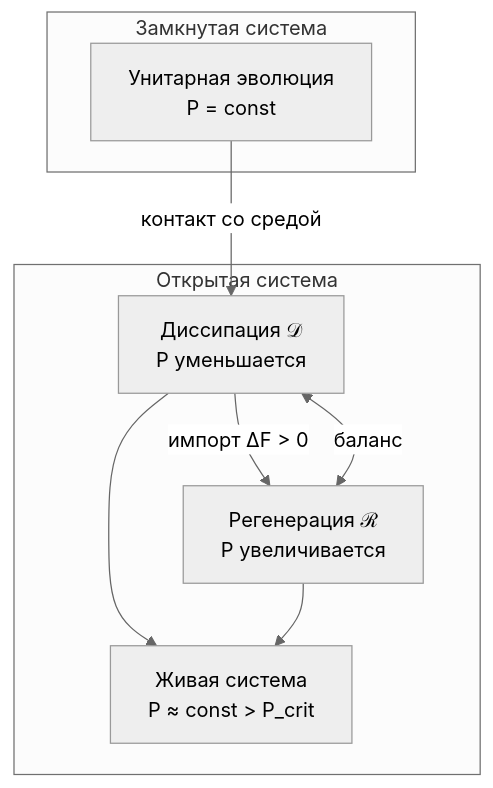
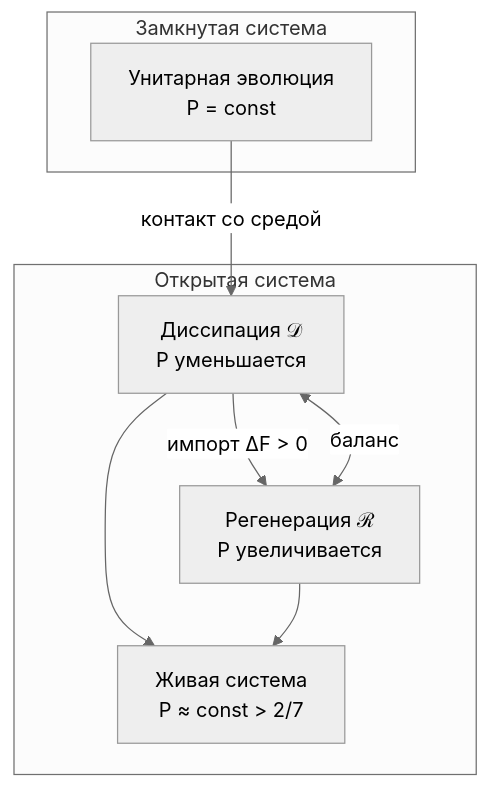
The diagram in website/docs/core/dynamics/evolution.md (uhm-theory/holon), drawn with Mermaid (neutral theme) before and after one commit. The commit also changed other lines of this file and 36 other files, not shown here.

````diff
--- a/website/docs/core/dynamics/evolution.md
+++ b/website/docs/core/dynamics/evolution.md
@@ -169,16 +223,16 @@
 ```mermaid
 graph TD
     subgraph CL["Замкнутая система"]
         U["Унитарная эволюция<br/>P = const"]
     end
     subgraph OP["Открытая система"]
         DIS["Диссипация 𝒟<br/>P уменьшается"]
         REG["Регенерация ℛ<br/>P увеличивается"]
-        LIV["Живая система<br/>P ≈ const > P_crit"]
+        LIV["Живая система<br/>P ≈ const > 2/7"]
     end
     U --> |"контакт со средой"| DIS
     DIS --> |"импорт ΔF > 0"| REG
     DIS <--> |"баланс"| REG
     DIS --> LIV
     REG --> LIV
 ```
````
